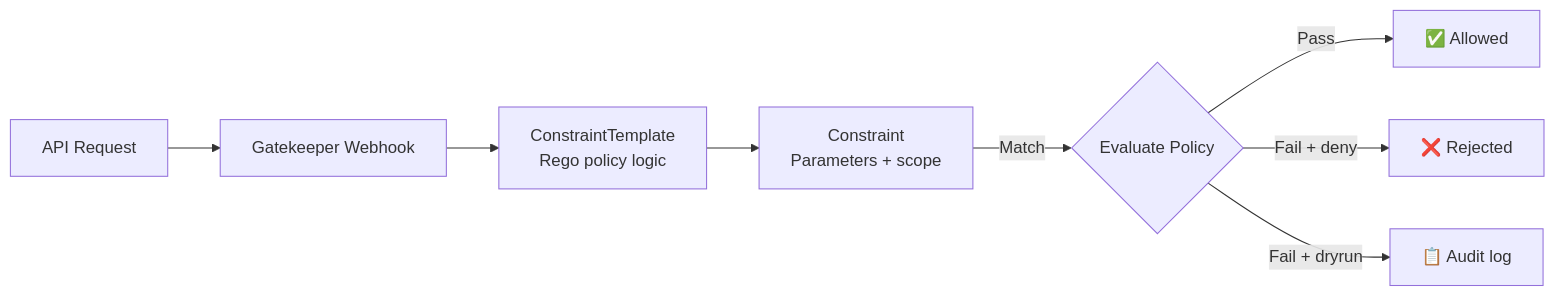
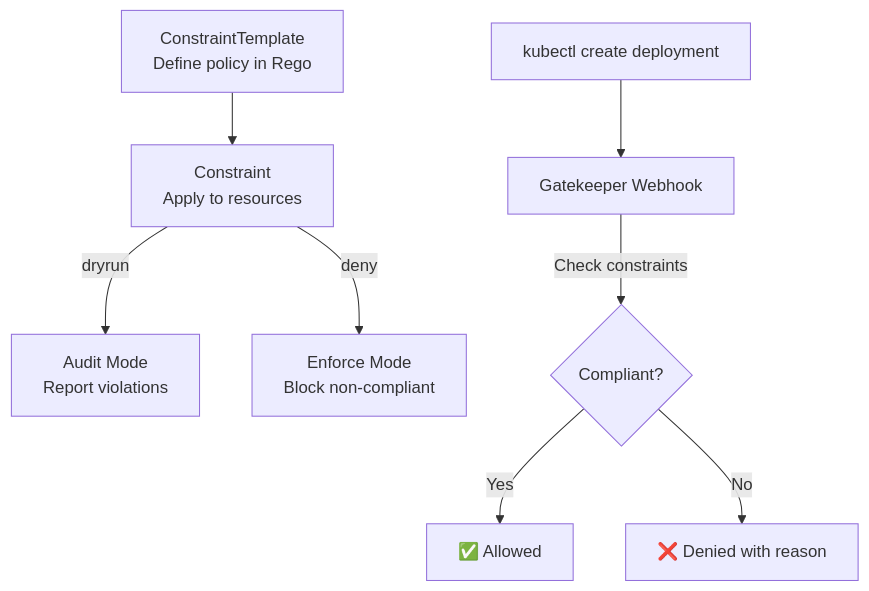
Before and after one commit to greg4fun/kubernetesrecipes.github.io: the diagram in src/content/recipes/kubernetes-opa-gatekeeper-policies.md, drawn with Mermaid. The commit also changed other lines of this file and 9 other files, not shown here.

````diff
--- a/src/content/recipes/kubernetes-opa-gatekeeper-policies.md
+++ b/src/content/recipes/kubernetes-opa-gatekeeper-policies.md
@@ -159,10 +117,11 @@
 ```mermaid
-graph LR
-    REQ[API Request] --> GK[Gatekeeper Webhook]
-    GK --> CT[ConstraintTemplate<br/>Rego policy logic]
-    CT --> CON[Constraint<br/>Parameters + scope]
-    CON -->|Match| EVAL{Evaluate Policy}
-    EVAL -->|Pass| ALLOW[✅ Allowed]
-    EVAL -->|Fail + deny| REJECT[❌ Rejected]
-    EVAL -->|Fail + dryrun| AUDIT[📋 Audit log]
+graph TD
+    TEMPLATE[ConstraintTemplate<br/>Define policy in Rego] --> CONSTRAINT[Constraint<br/>Apply to resources]
+    CONSTRAINT -->|dryrun| AUDIT[Audit Mode<br/>Report violations]
+    CONSTRAINT -->|deny| ENFORCE[Enforce Mode<br/>Block non-compliant]
+    
+    CREATE[kubectl create deployment] --> GK[Gatekeeper Webhook]
+    GK -->|Check constraints| RESULT{Compliant?}
+    RESULT -->|Yes| ALLOW[✅ Allowed]
+    RESULT -->|No| DENY[❌ Denied with reason]
 ```
````
